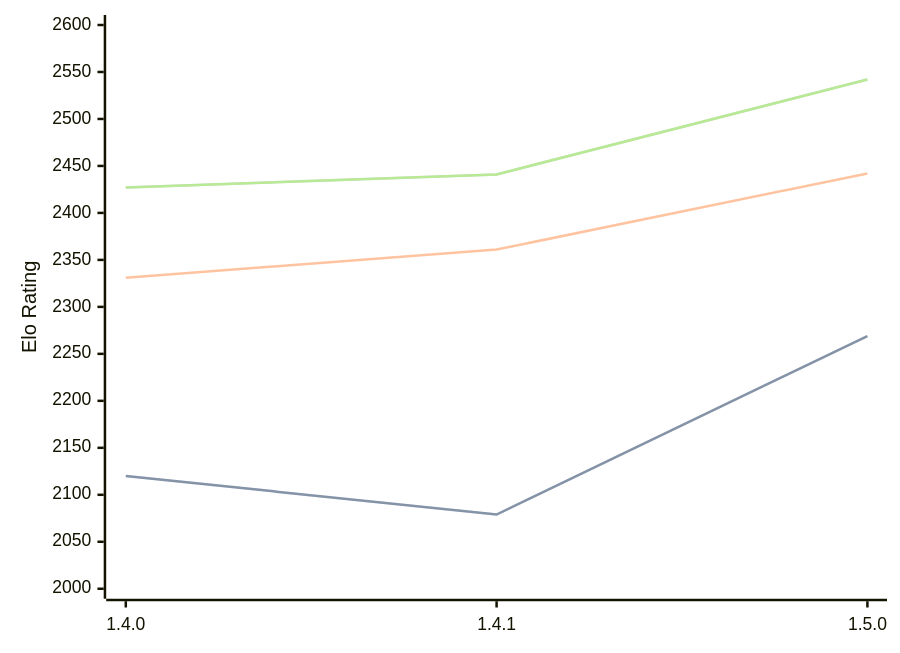
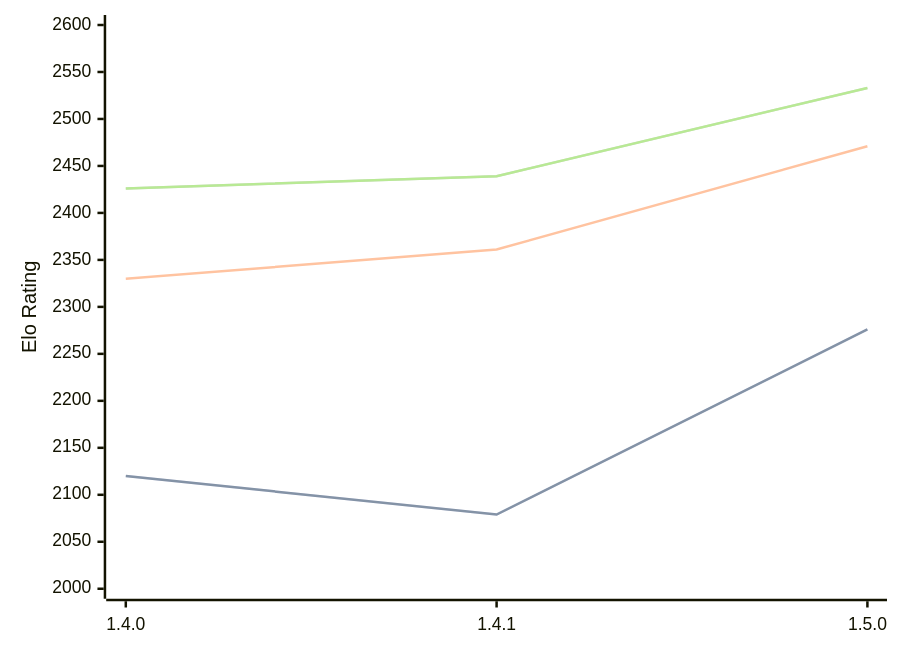
Before and after one commit to computer-chess-index/cci: the diagram in engines/Tofiks.md, drawn with Mermaid. The commit also changed other lines of this file, not shown here.

Commit message:
Update CCI Ratings (ELO VLTC) - 2026-04-26

````diff
--- a/engines/Tofiks.md
+++ b/engines/Tofiks.md
@@ -37,11 +37,11 @@
 ```mermaid
 %%{init: {"theme":"base","themeVariables":{"seriesColors:['#a3a3a3','#222221','#faa371']}}}%%
 xychart-beta
   x-axis ["1.4.0", "1.4.1", "1.5.0"]
   y-axis "Elo Rating" 2000 --> 2600
-  line "STC (8.0+0.08s)" [2120, 2079, 2269]
-  line "STC (8.0+0.08s)" [2120, 2079, 2269]
-  line "LTC (60.0+0.60s)" [2331, 2361, 2442]
-  line "VLTC (2m24s+1.12s)" [2427, 2441, 2542]
-  line "VLTC (2m24s+1.12s)" [2427, 2441, 2542]
+  line "STC (8.0+0.08s)" [2120, 2079, 2276]
+  line "STC (8.0+0.08s)" [2120, 2079, 2276]
+  line "LTC (60.0+0.60s)" [2330, 2361, 2471]
+  line "VLTC (2m24s+1.12s)" [2426, 2439, 2533]
+  line "VLTC (2m24s+1.12s)" [2426, 2439, 2533]
 ```
````
